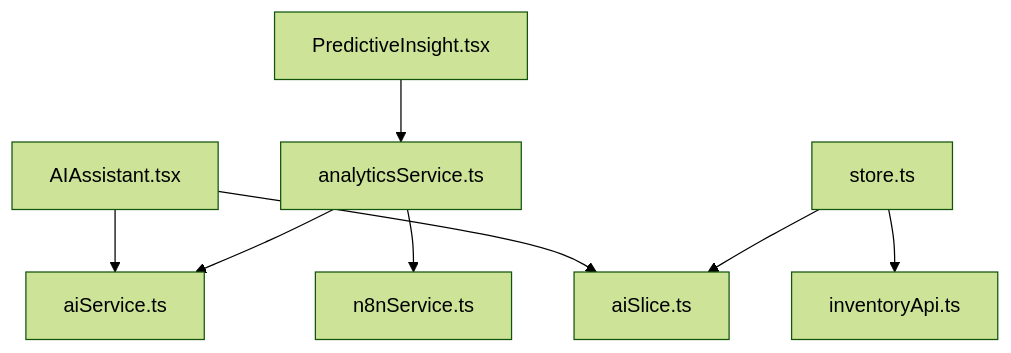
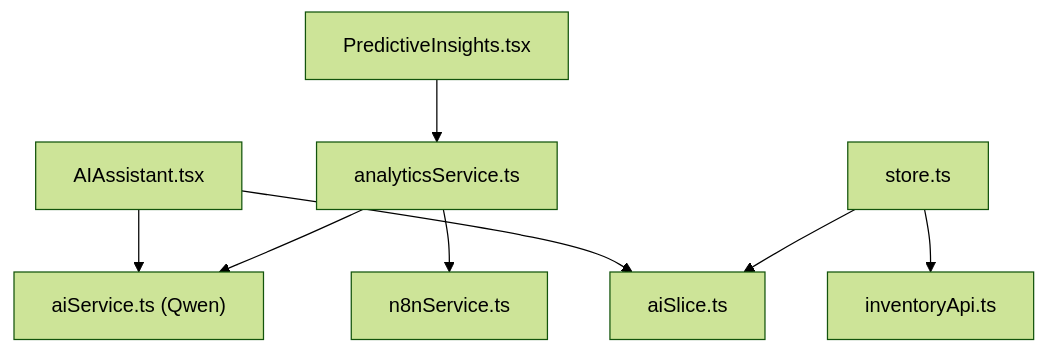
One commit to cacamarica/dashboard-ai changed the eighth of 8 diagrams in .qoder/repowiki/en/content/Core Features/AI Assistant.md. Above: the diagram before and after it, drawn with Mermaid (forest theme). The commit also changed other lines of this file and 14 other files, not shown here.

````diff
--- a/.qoder/repowiki/en/content/Core Features/AI Assistant.md
+++ b/.qoder/repowiki/en/content/Core Features/AI Assistant.md
@@ -297,10 +308,10 @@
 ```mermaid
 graph TD
 AA["AIAssistant.tsx"] --> AS["aiSlice.ts"]
-AA --> AIS["aiService.ts"]
-PI["PredictiveInsight.tsx"] --> ANS["analyticsService.ts"]
+AA --> AIS["aiService.ts (Qwen)"]
+PI["PredictiveInsights.tsx"] --> ANS["analyticsService.ts"]
 ANS --> AIS
 ANS --> NS["n8nService.ts"]
 ST["store.ts"] --> AS
 ST --> IA["inventoryApi.ts"]
 ```
````
